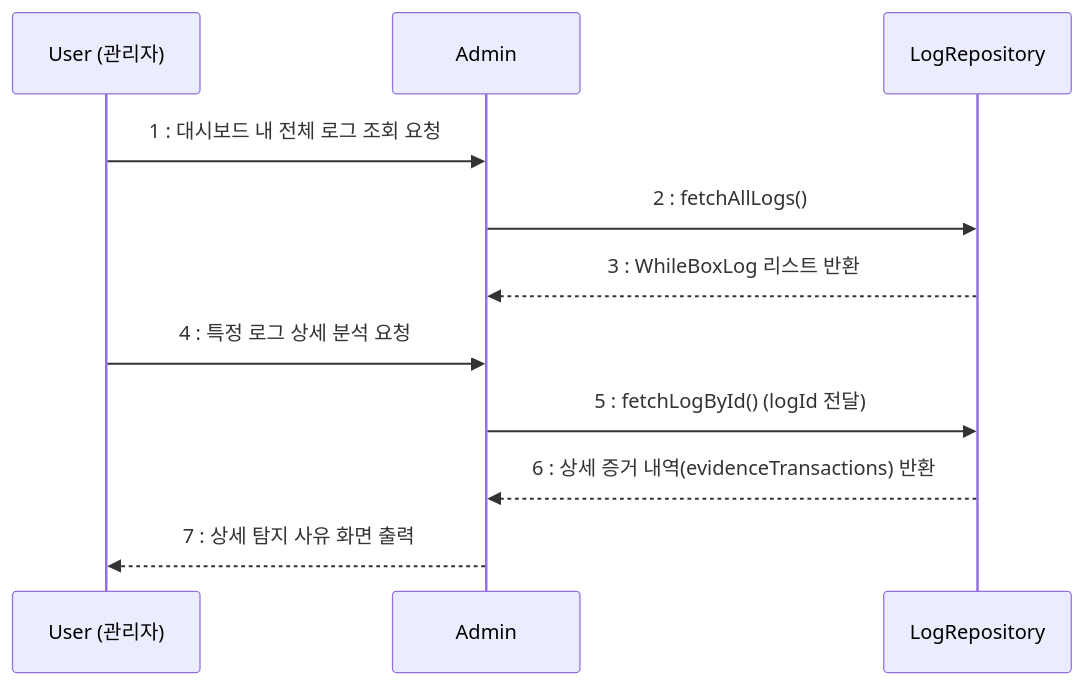
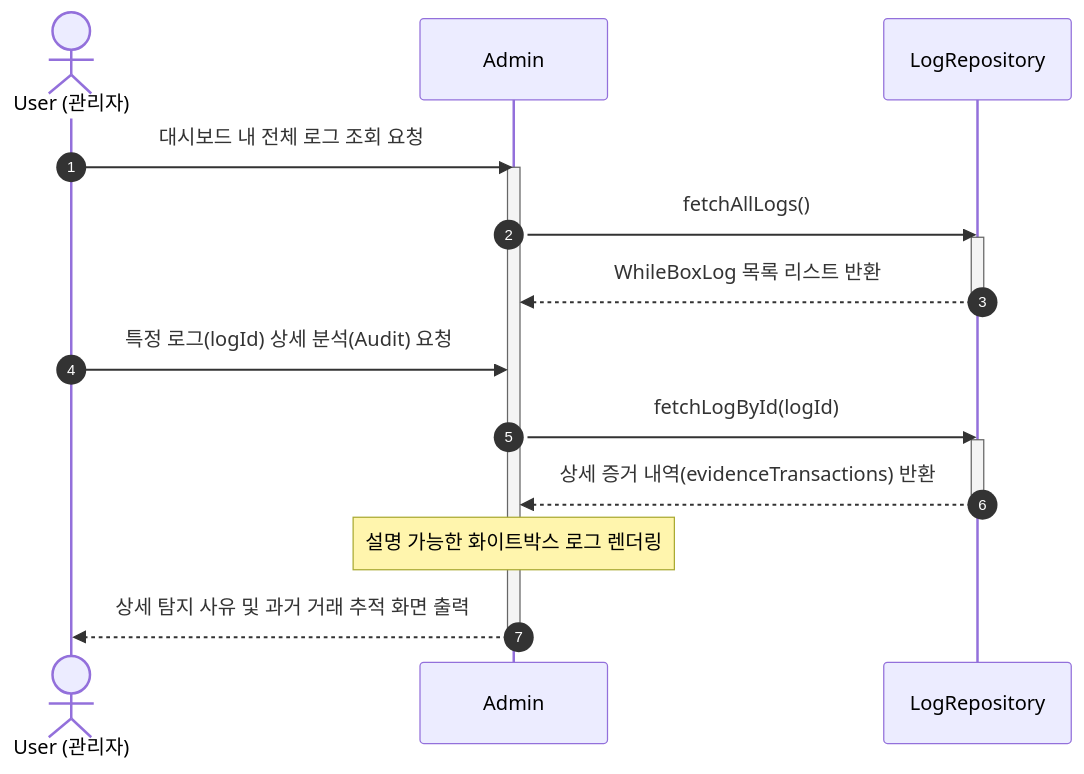
Before and after one commit to seokchaeyeon/2026_1_OSS: the ninth of 12 diagrams in Design_[22411890_석채연].md, drawn with Mermaid. The commit also changed other lines of this file, not shown here.

````diff
--- a/Design_[22411890_석채연].md
+++ b/Design_[22411890_석채연].md
@@ -254,14 +352,24 @@
 ```mermaid
 sequenceDiagram
-    participant User as User (관리자)
+    autonumber
+    actor User as User (관리자)
     participant Admin as Admin
     participant Repo as LogRepository
 
-    User->>Admin: 1 : 대시보드 내 전체 로그 조회 요청
-    Admin->>Repo: 2 : fetchAllLogs()
-    Repo-->>Admin: 3 : WhileBoxLog 리스트 반환
-    User->>Admin: 4 : 특정 로그 상세 분석 요청
-    Admin->>Repo: 5 : fetchLogById() (logId 전달)
-    Repo-->>Admin: 6 : 상세 증거 내역(evidenceTransactions) 반환
-    Admin-->>User: 7 : 상세 탐지 사유 화면 출력
+    User->>Admin: 대시보드 내 전체 로그 조회 요청
+    activate Admin
+    Admin->>Repo: fetchAllLogs()
+    activate Repo
+    Repo-->>Admin: WhileBoxLog 목록 리스트 반환
+    deactivate Repo
+    
+    User->>Admin: 특정 로그(logId) 상세 분석(Audit) 요청
+    Admin->>Repo: fetchLogById(logId)
+    activate Repo
+    Repo-->>Admin: 상세 증거 내역(evidenceTransactions) 반환
+    deactivate Repo
+    
+    Note over Admin: 설명 가능한 화이트박스 로그 렌더링
+    Admin-->>User: 상세 탐지 사유 및 과거 거래 추적 화면 출력
+    deactivate Admin
 ```
````
